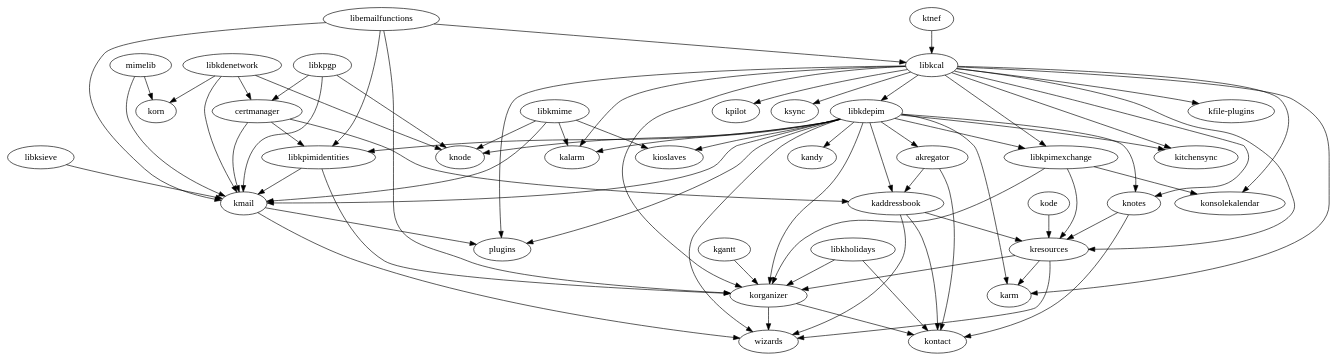
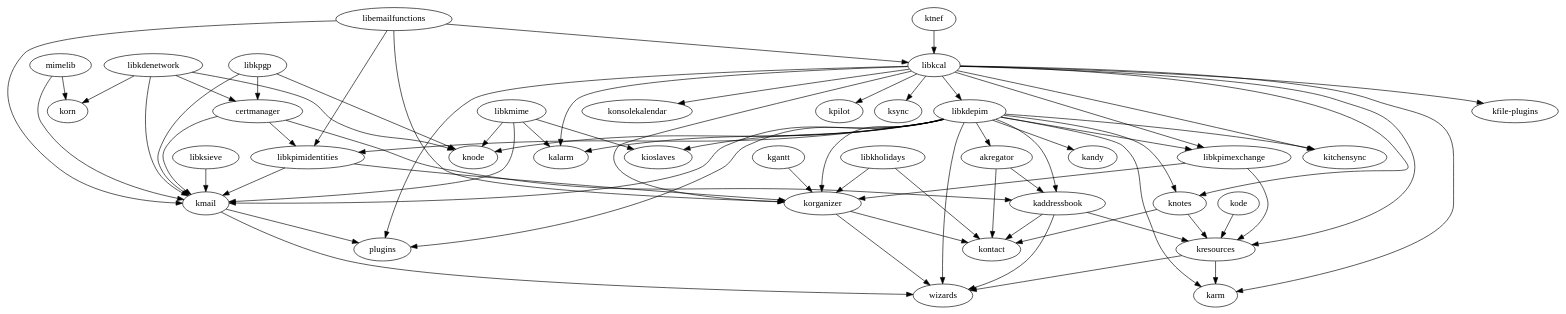
One commit to chusopr/kdepim-ktimetracker-akonadi changed the diagram in dependency-graph.dot. Above: the diagram before and after it, drawn with Graphviz.

Commit message:
KOrganizer no longer depends on kresources... Also, konsolekalendar doesn't depend on libkpimexchange...
svn path=/branches/KDE/3.5/kdepim/; revision=443354

```diff
--- a/dependency-graph.dot
+++ b/dependency-graph.dot
@@ -1,76 +1,74 @@
 # to create a ps file use 'dot -Tps -o dependency-graph.ps dependency-graph.dot' (dot it part of the graphviz package)
 digraph "inter-dependency graph for kdepim" {
         "akregator" -> "kaddressbook";
         "akregator" -> "kontact";
         "certmanager" -> "kaddressbook";
         "certmanager" -> "kmail";
         "certmanager" -> "libkpimidentities";
         "kaddressbook" -> "kontact";
         "kaddressbook" -> "kresources";
         "kaddressbook" -> "wizards";
         "kgantt" -> "korganizer";
         "kmail" -> "plugins";
         "kmail" -> "wizards";
         "knotes" -> "kontact";
         "knotes" -> "kresources";
         "kode" -> "kresources";
         "korganizer" -> "kontact";
         "korganizer" -> "wizards";
         "kresources" -> "karm";
-        "kresources" -> "korganizer";
         "kresources" -> "wizards";
         "ktnef" -> "libkcal";
         "libemailfunctions" -> "kmail";
         "libemailfunctions" -> "korganizer";
         "libemailfunctions" -> "libkcal";
         "libemailfunctions" -> "libkpimidentities";
         "libkcal" -> "kalarm";
         "libkcal" -> "karm";
         "libkcal" -> "kfile-plugins";
         "libkcal" -> "kitchensync";
         "libkcal" -> "knotes";
         "libkcal" -> "konsolekalendar";
         "libkcal" -> "korganizer";
         "libkcal" -> "kpilot";
         "libkcal" -> "kresources";
         "libkcal" -> "ksync";
         "libkcal" -> "libkdepim";
         "libkcal" -> "libkpimexchange";
         "libkcal" -> "plugins";
         "libkdenetwork" -> "certmanager";
         "libkdenetwork" -> "kmail";
         "libkdenetwork" -> "knode";
         "libkdenetwork" -> "korn";
         "libkdepim" -> "akregator";
         "libkdepim" -> "kaddressbook";
         "libkdepim" -> "kalarm";
         "libkdepim" -> "kandy";
         "libkdepim" -> "karm";
         "libkdepim" -> "kioslaves";
         "libkdepim" -> "kitchensync";
         "libkdepim" -> "kmail";
         "libkdepim" -> "knode";
         "libkdepim" -> "knotes";
         "libkdepim" -> "korganizer";
         "libkdepim" -> "libkpimexchange";
         "libkdepim" -> "libkpimidentities";
         "libkdepim" -> "plugins";
         "libkdepim" -> "wizards";
         "libkholidays" -> "kontact";
         "libkholidays" -> "korganizer";
         "libkmime" -> "kalarm";
         "libkmime" -> "kioslaves";
         "libkmime" -> "kmail";
         "libkmime" -> "knode";
         "libkpgp" -> "certmanager";
         "libkpgp" -> "kmail";
         "libkpgp" -> "knode";
-        "libkpimexchange" -> "konsolekalendar";
         "libkpimexchange" -> "korganizer";
         "libkpimexchange" -> "kresources";
         "libkpimidentities" -> "kmail";
         "libkpimidentities" -> "korganizer";
         "libksieve" -> "kmail";
         "mimelib" -> "kmail";
         "mimelib" -> "korn";
 }
```
